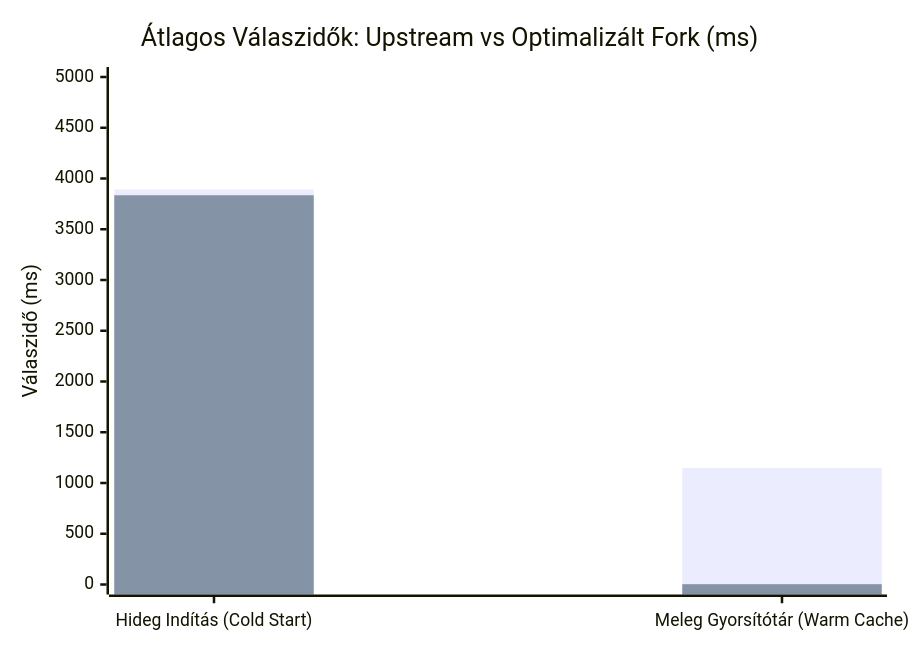
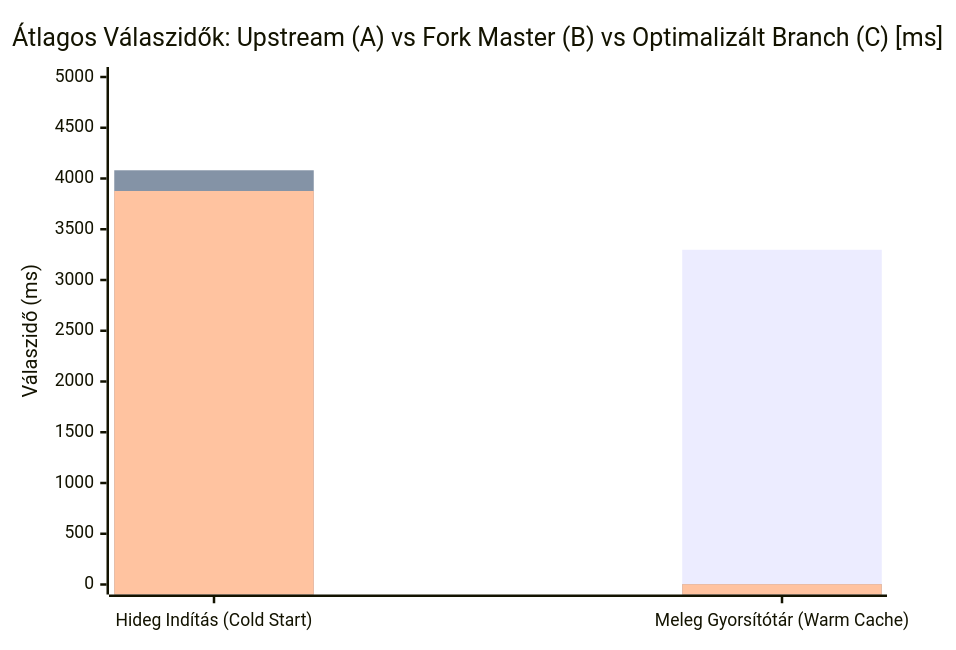
The diagram in README.md (Levfero/stremhu-source-VibeCodedEdition), drawn with Mermaid before and after one commit. The commit also changed other lines of this file and 39 other files, not shown here.

````diff
--- a/README.md
+++ b/README.md
@@ -198,8 +159,9 @@
 ```mermaid
 xychart-beta
-    title "Átlagos Válaszidők: Upstream vs Optimalizált Fork (ms)"
+    title "Átlagos Válaszidők: Upstream (A) vs Fork Master (B) vs Optimalizált Branch (C) [ms]"
     x-axis ["Hideg Indítás (Cold Start)", "Meleg Gyorsítótár (Warm Cache)"]
     y-axis "Válaszidő (ms)" 0 --> 5000
-    bar [3892, 1148]
-    bar [3835, 3]
+    bar [3754, 3298]
+    bar [4081, 3]
+    bar [3877, 3]
 ```
````
